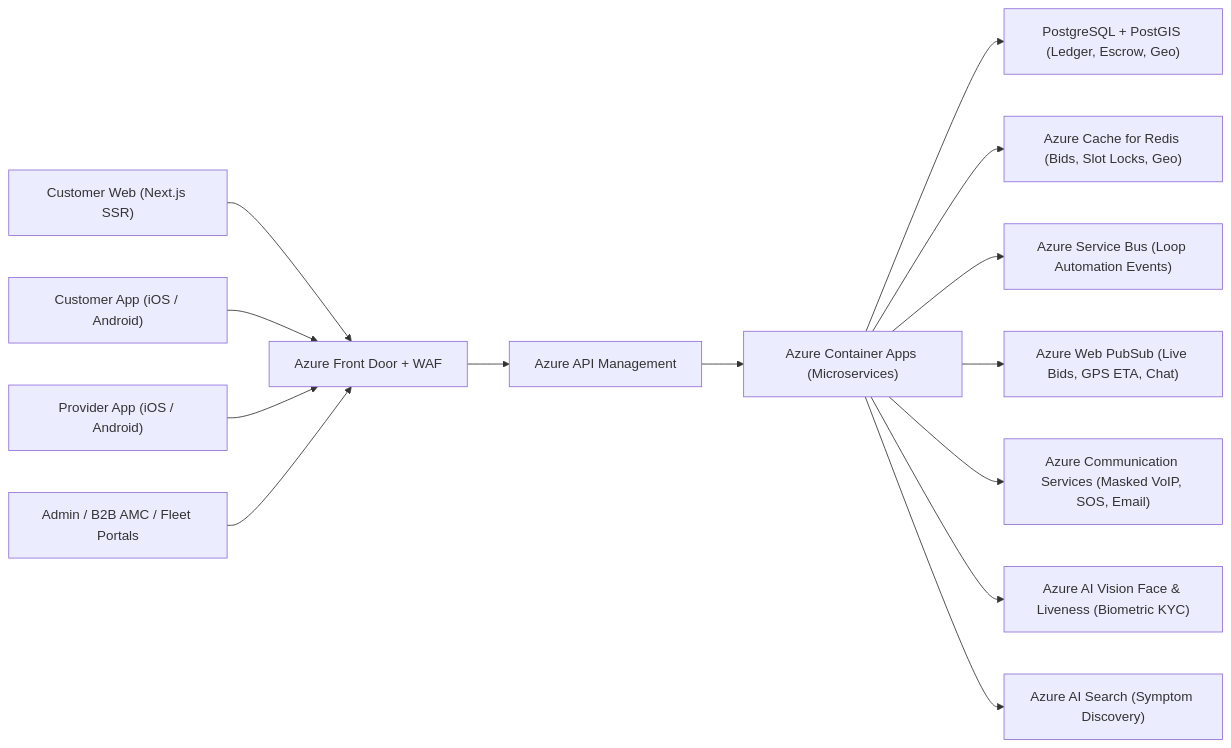
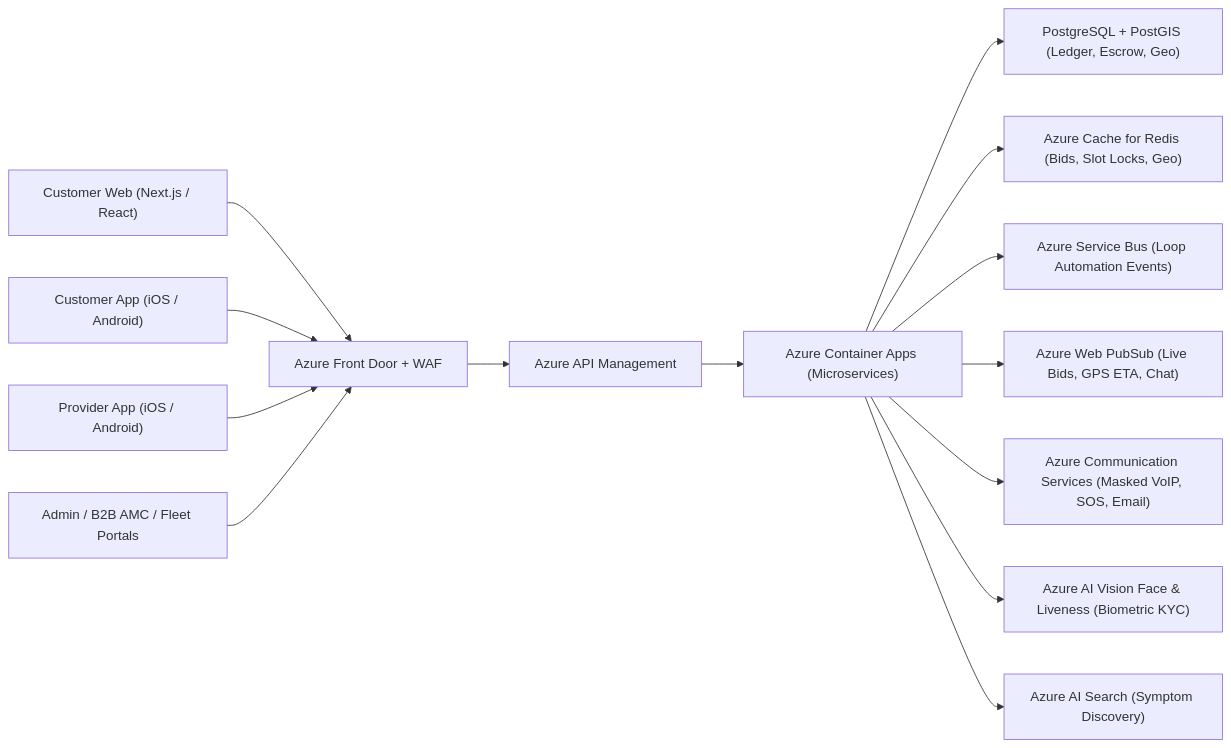
The diagram in README.md (manojsilwal/sipalu), drawn with Mermaid before and after one commit. The commit also changed other lines of this file and 37 other files, not shown here.

````diff
--- a/README.md
+++ b/README.md
@@ -19,16 +20,16 @@
 ```mermaid
 flowchart LR
-    CW["Customer Web (Next.js SSR)"] --> AFD["Azure Front Door + WAF"]
+    CW["Customer Web (Next.js / React)"] --> AFD["Azure Front Door + WAF"]
     CM["Customer App (iOS / Android)"] --> AFD
     EM["Provider App (iOS / Android)"] --> AFD
     ADM["Admin / B2B AMC / Fleet Portals"] --> AFD
     AFD --> APIM["Azure API Management"]
     APIM --> ACA["Azure Container Apps (Microservices)"]
     ACA --> PG["PostgreSQL + PostGIS (Ledger, Escrow, Geo)"]
     ACA --> REDIS["Azure Cache for Redis (Bids, Slot Locks, Geo)"]
     ACA --> SB["Azure Service Bus (Loop Automation Events)"]
     ACA --> WPS["Azure Web PubSub (Live Bids, GPS ETA, Chat)"]
     ACA --> ACS["Azure Communication Services (Masked VoIP, SOS, Email)"]
     ACA --> FACE["Azure AI Vision Face & Liveness (Biometric KYC)"]
     ACA --> AIS["Azure AI Search (Symptom Discovery)"]
 ```
````
